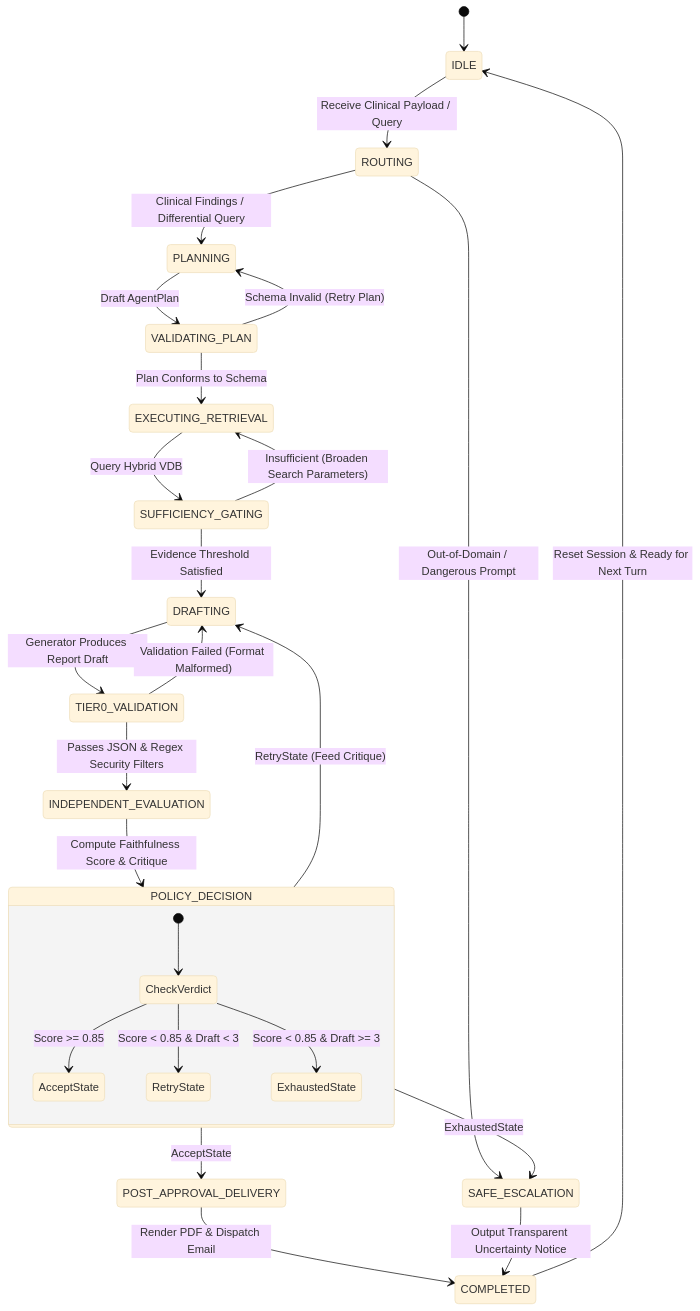
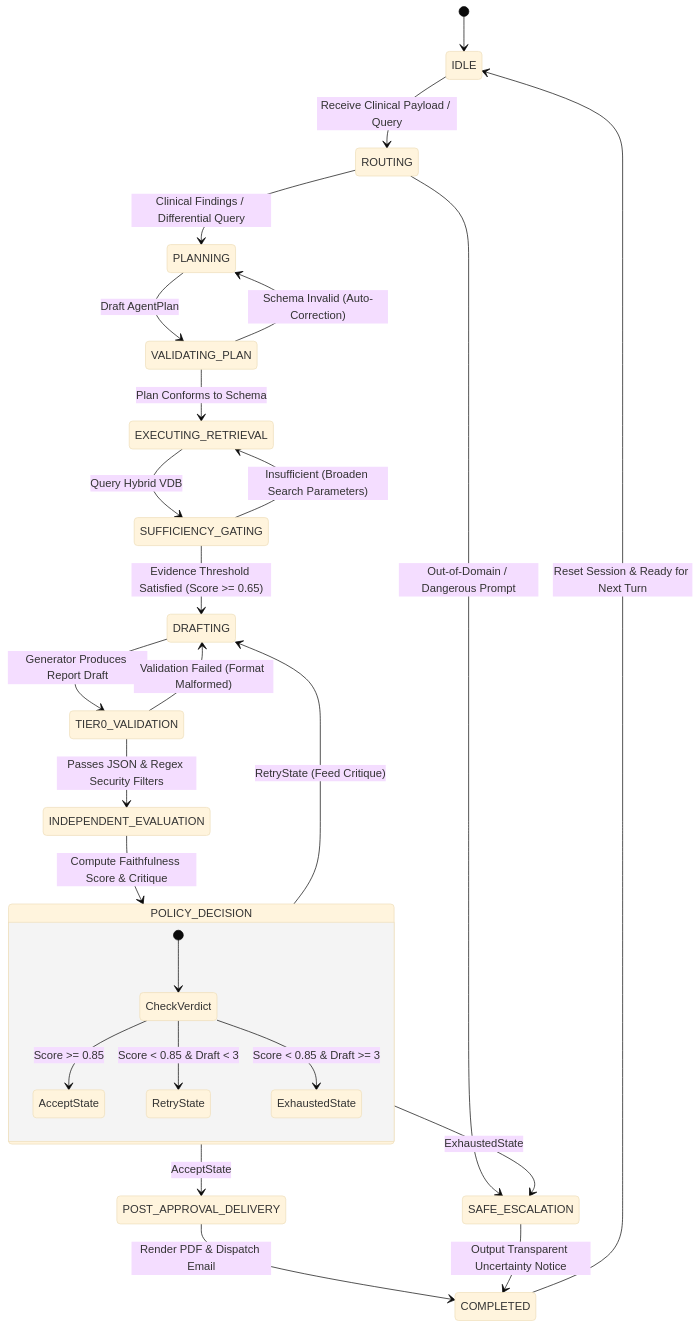
The sixth of 11 diagrams in README.md (Minamagdy272/MediScan), drawn with Mermaid (base theme) before and after one commit. The commit also changed other lines of this file, not shown here.

Commit message:
docs: enrich README with complete technical documentation, data models, math formulas, and architecture diagrams

````diff
--- a/README.md
+++ b/README.md
@@ -207,41 +350,41 @@
 ```mermaid
 stateDiagram-v2
     [*] --> IDLE
 
     IDLE --> ROUTING : Receive Clinical Payload / Query
     
     ROUTING --> PLANNING : Clinical Findings / Differential Query
     ROUTING --> SAFE_ESCALATION : Out-of-Domain / Dangerous Prompt
     
     PLANNING --> VALIDATING_PLAN : Draft AgentPlan
     VALIDATING_PLAN --> EXECUTING_RETRIEVAL : Plan Conforms to Schema
-    VALIDATING_PLAN --> PLANNING : Schema Invalid (Retry Plan)
+    VALIDATING_PLAN --> PLANNING : Schema Invalid (Auto-Correction)
 
     EXECUTING_RETRIEVAL --> SUFFICIENCY_GATING : Query Hybrid VDB
     
-    SUFFICIENCY_GATING --> DRAFTING : Evidence Threshold Satisfied
+    SUFFICIENCY_GATING --> DRAFTING : Evidence Threshold Satisfied (Score >= 0.65)
     SUFFICIENCY_GATING --> EXECUTING_RETRIEVAL : Insufficient (Broaden Search Parameters)
 
     DRAFTING --> TIER0_VALIDATION : Generator Produces Report Draft
     
     TIER0_VALIDATION --> INDEPENDENT_EVALUATION : Passes JSON & Regex Security Filters
     TIER0_VALIDATION --> DRAFTING : Validation Failed (Format Malformed)
 
     INDEPENDENT_EVALUATION --> POLICY_DECISION : Compute Faithfulness Score & Critique
 
     state POLICY_DECISION {
         [*] --> CheckVerdict
         CheckVerdict --> AcceptState : Score >= 0.85
         CheckVerdict --> RetryState : Score < 0.85 & Draft < 3
         CheckVerdict --> ExhaustedState : Score < 0.85 & Draft >= 3
     }
 
     POLICY_DECISION --> POST_APPROVAL_DELIVERY : AcceptState
     POLICY_DECISION --> DRAFTING : RetryState (Feed Critique)
     POLICY_DECISION --> SAFE_ESCALATION : ExhaustedState
 
     POST_APPROVAL_DELIVERY --> COMPLETED : Render PDF & Dispatch Email
     SAFE_ESCALATION --> COMPLETED : Output Transparent Uncertainty Notice
 
     COMPLETED --> IDLE : Reset Session & Ready for Next Turn
 ```
````
